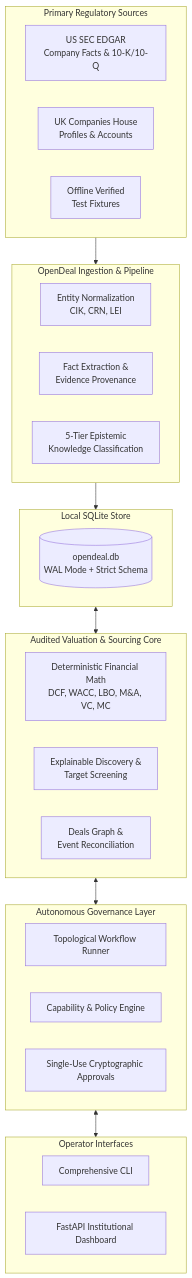
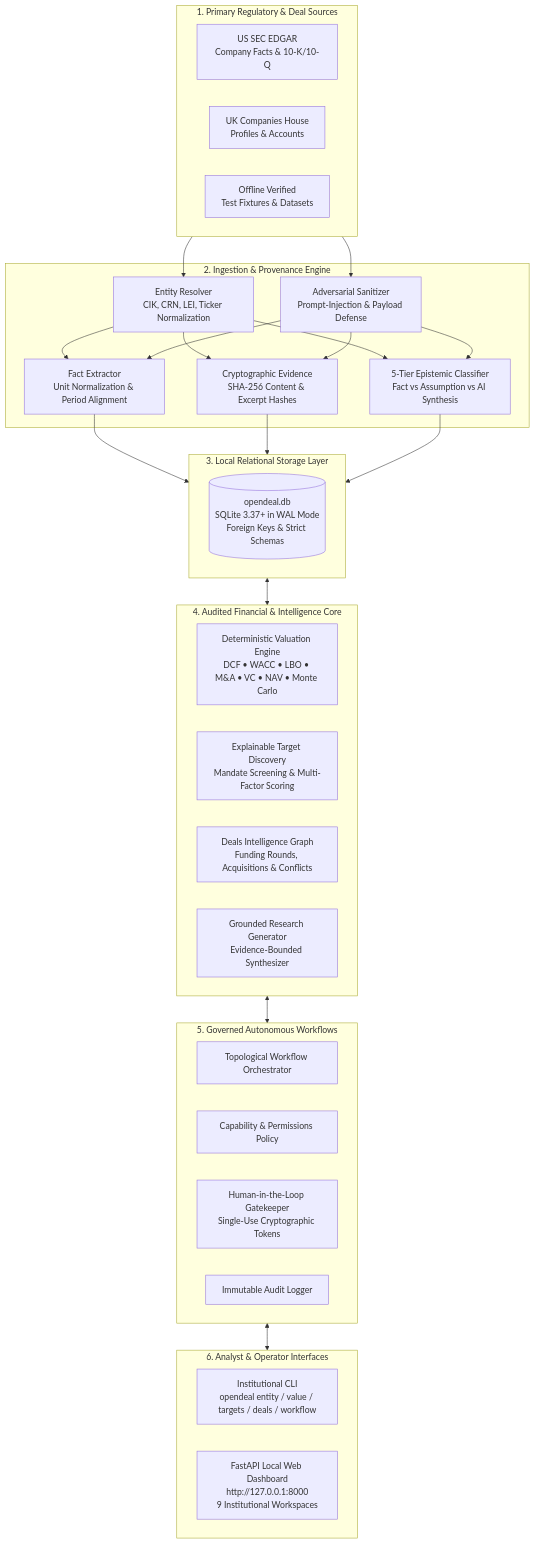
One commit to udaydomadiya08/openDeal changed the diagram in README.md. Above: the diagram before and after it, drawn with Mermaid. The commit also changed other lines of this file and 1 other file, not shown here.

Commit message:
docs: restructure README into professional, user-first open-source documentation

````diff
--- a/README.md
+++ b/README.md
@@ -62,41 +59,46 @@
 ```mermaid
 flowchart TD
-    subgraph Sources [Primary Regulatory Sources]
+    subgraph Sources [1. Primary Regulatory & Deal Sources]
         SEC[US SEC EDGAR\nCompany Facts & 10-K/10-Q]
         CH[UK Companies House\nProfiles & Accounts]
-        LOCAL_SRC[Offline Verified\nTest Fixtures]
+        LOCAL_DATA[Offline Verified\nTest Fixtures & Datasets]
     end
 
-    subgraph Core [OpenDeal Ingestion & Pipeline]
-        NORM[Entity Normalization\nCIK, CRN, LEI]
-        FACT[Fact Extraction &\nEvidence Provenance]
-        EPIST[5-Tier Epistemic\nKnowledge Classification]
+    subgraph Pipeline [2. Ingestion & Provenance Engine]
+        RESOLVE[Entity Resolver\nCIK, CRN, LEI, Ticker Normalization]
+        SANITIZE[Adversarial Sanitizer\nPrompt-Injection & Payload Defense]
+        FACT_EXT[Fact Extractor\nUnit Normalization & Period Alignment]
+        HASH[Cryptographic Evidence\nSHA-256 Content & Excerpt Hashes]
+        TIERING[5-Tier Epistemic Classifier\nFact vs Assumption vs AI Synthesis]
     end
 
-    subgraph Persistence [Local SQLite Store]
-        DB[(opendeal.db\nWAL Mode + Strict Schema)]
+    subgraph Storage [3. Local Relational Storage Layer]
+        DB[(opendeal.db\nSQLite 3.37+ in WAL Mode\nForeign Keys & Strict Schemas)]
     end
 
-    subgraph Engines [Audited Valuation & Sourcing Core]
-        VAL[Deterministic Financial Math\nDCF, WACC, LBO, M&A, VC, MC]
-        DISC[Explainable Discovery &\nTarget Screening]
-        DEAL_INT[Deals Graph &\nEvent Reconciliation]
+    subgraph Engines [4. Audited Financial & Intelligence Core]
+        VAL_ENG[Deterministic Valuation Engine\nDCF • WACC • LBO • M&A • VC • NAV • Monte Carlo]
+        DISC_ENG[Explainable Target Discovery\nMandate Screening & Multi-Factor Scoring]
+        DEALS_ENG[Deals Intelligence Graph\nFunding Rounds, Acquisitions & Conflicts]
+        RES_ENG[Grounded Research Generator\nEvidence-Bounded Synthesizer]
     end
 
-    subgraph Agents [Autonomous Governance Layer]
-        ORCH[Topological Workflow Runner]
-        POL[Capability & Policy Engine]
-        APPR[Single-Use Cryptographic Approvals]
+    subgraph Workflows [5. Governed Autonomous Workflows]
+        DAG[Topological Workflow Orchestrator]
+        POLICY[Capability & Permissions Policy]
+        APPROVAL[Human-in-the-Loop Gatekeeper\nSingle-Use Cryptographic Tokens]
+        AUDIT_TRAIL[Immutable Audit Logger]
     end
 
-    subgraph Interfaces [Operator Interfaces]
-        CLI[Comprehensive CLI]
-        UI[FastAPI Institutional Dashboard]
+    subgraph Interfaces [6. Analyst & Operator Interfaces]
+        CLI[Institutional CLI\nopendeal entity / value / targets / deals / workflow]
+        UI[FastAPI Local Web Dashboard\nhttp://127.0.0.1:8000\n9 Institutional Workspaces]
     end
 
-    Sources --> Core
-    Core --> Persistence
-    Persistence <--> Engines
-    Engines <--> Agents
-    Agents <--> Interfaces
+    Sources --> RESOLVE & SANITIZE
+    RESOLVE & SANITIZE --> FACT_EXT & HASH & TIERING
+    FACT_EXT & HASH & TIERING --> Storage
+    Storage <--> Engines
+    Engines <--> Workflows
+    Workflows <--> Interfaces
 ```
````
